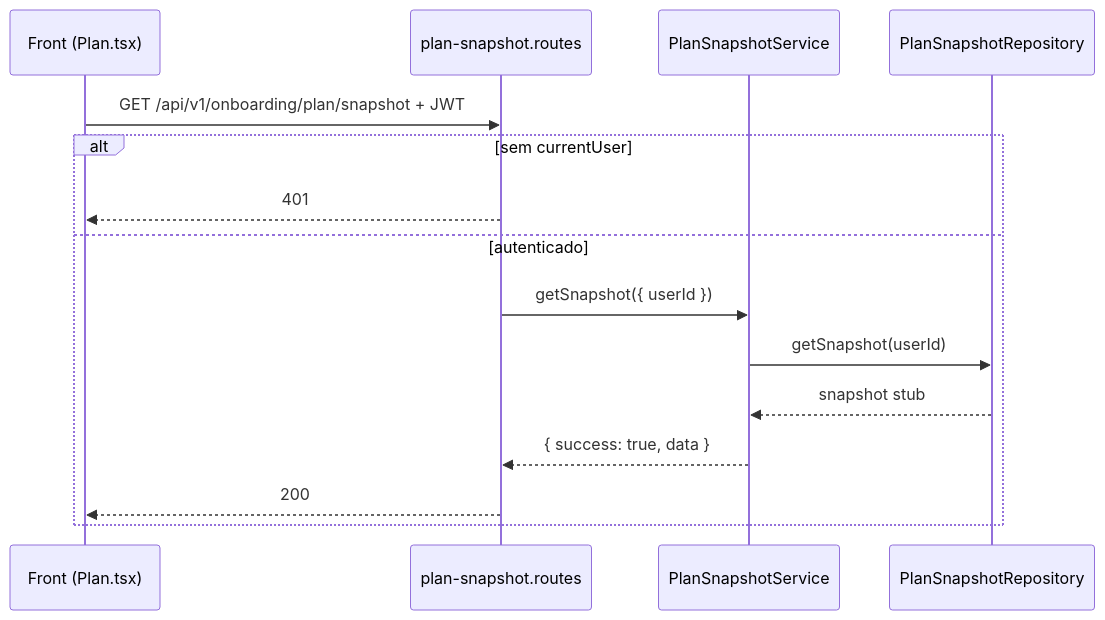
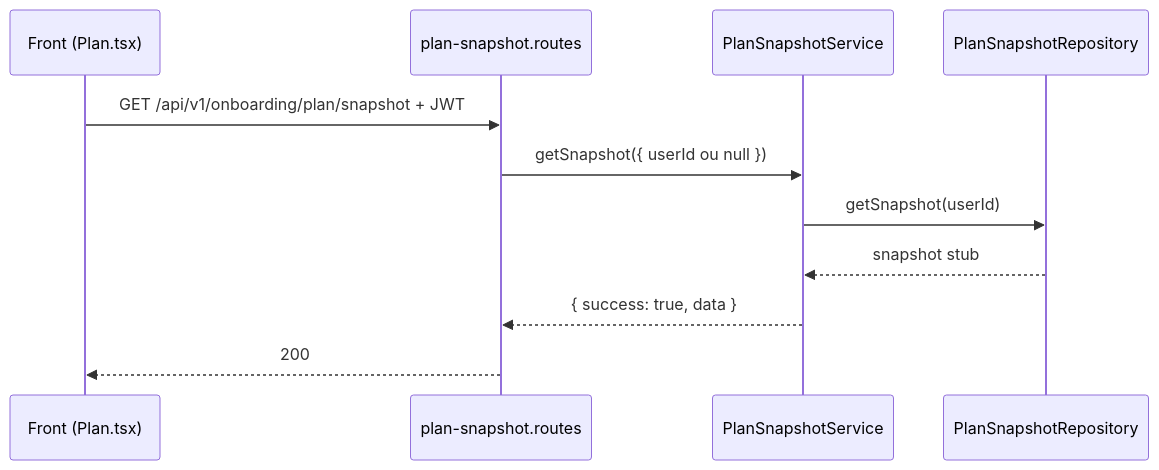
One commit to charles-mendes/eden-bowls-backend changed the diagram in new-docs/Plan/ROTA_ONBOARDING_PLAN_SNAPSHOT.md. Above: the diagram before and after it, drawn with Mermaid. The commit also changed other lines of this file and 18 other files, not shown here.

````diff
--- a/new-docs/Plan/ROTA_ONBOARDING_PLAN_SNAPSHOT.md
+++ b/new-docs/Plan/ROTA_ONBOARDING_PLAN_SNAPSHOT.md
@@ -77,18 +80,14 @@
 ```mermaid
 sequenceDiagram
   participant FE as Front (Plan.tsx)
   participant RT as plan-snapshot.routes
   participant SV as PlanSnapshotService
   participant RP as PlanSnapshotRepository
 
   FE->>RT: GET /api/v1/onboarding/plan/snapshot + JWT
-  alt sem currentUser
-    RT-->>FE: 401
-  else autenticado
-    RT->>SV: getSnapshot({ userId })
-    SV->>RP: getSnapshot(userId)
-    RP-->>SV: snapshot stub
-    SV-->>RT: { success: true, data }
-    RT-->>FE: 200
-  end
+  RT->>SV: getSnapshot({ userId ou null })
+  SV->>RP: getSnapshot(userId)
+  RP-->>SV: snapshot stub
+  SV-->>RT: { success: true, data }
+  RT-->>FE: 200
 ```
````
